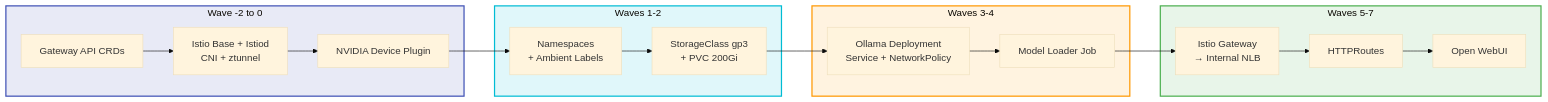
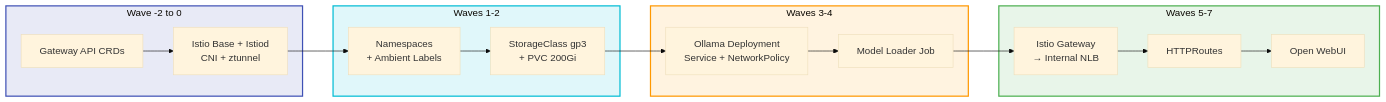
Before and after one commit to shanaka-versent/Ollama-on-EKS: the fourth of 4 diagrams in README.md, drawn with Mermaid (base theme). The commit also changed other lines of this file and 30 other files, not shown here.

````diff
--- a/README.md
+++ b/README.md
@@ -600,31 +600,30 @@
 ```mermaid
 flowchart LR
     subgraph W0["Wave -2 to 0"]
         CRD["Gateway API CRDs"]
         ISTIO["Istio Base + Istiod\nCNI + ztunnel"]
-        NV["NVIDIA Device Plugin"]
     end
 
     subgraph W1["Waves 1-2"]
         NS["Namespaces\n+ Ambient Labels"]
         ST["StorageClass gp3\n+ PVC 200Gi"]
     end
 
     subgraph W2["Waves 3-4"]
         OLM["Ollama Deployment\nService + NetworkPolicy"]
         ML["Model Loader Job"]
     end
 
     subgraph W3["Waves 5-7"]
         GW["Istio Gateway\n→ Internal NLB"]
         HR["HTTPRoutes"]
         WUI["Open WebUI"]
     end
 
-    CRD --> ISTIO --> NV --> NS --> ST --> OLM --> ML --> GW --> HR --> WUI
+    CRD --> ISTIO --> NS --> ST --> OLM --> ML --> GW --> HR --> WUI
 
     style W0 fill:#e8eaf6,stroke:#3f51b5,stroke-width:2px
     style W1 fill:#e0f7fa,stroke:#00bcd4,stroke-width:2px
     style W2 fill:#fff3e0,stroke:#ff9800,stroke-width:2px
     style W3 fill:#e8f5e9,stroke:#4caf50,stroke-width:2px
 ```
````
